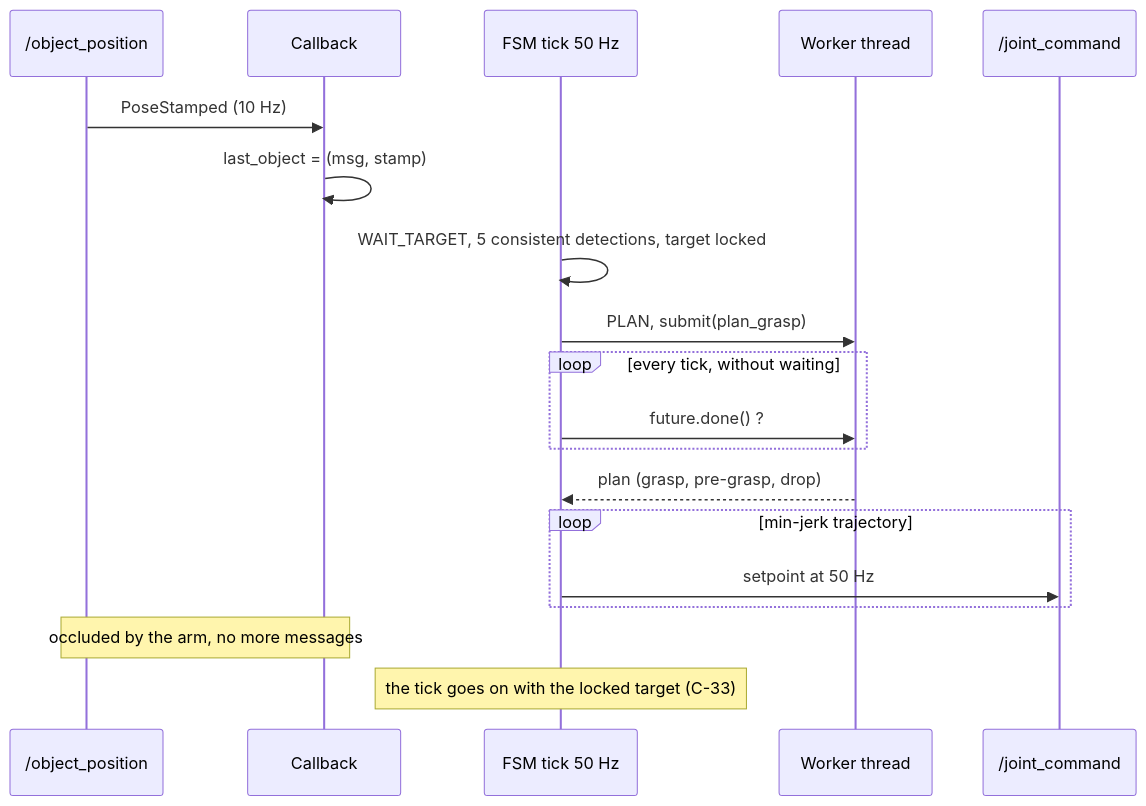
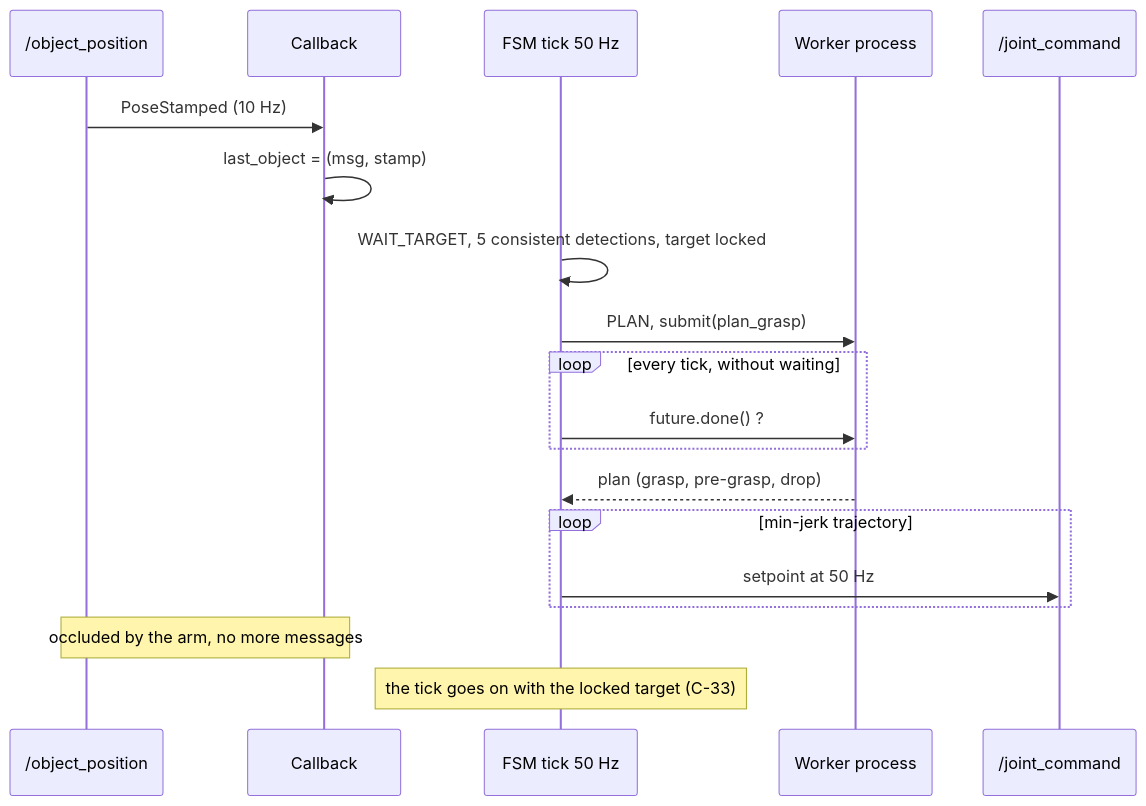
Before and after one commit to FoxaxeWasTaken/Robotics: the second of 2 diagrams in docs/project/06_brain_state_machine.md, drawn with Mermaid. The commit also changed other lines of this file and 25 other files, not shown here.

````diff
--- a/docs/project/06_brain_state_machine.md
+++ b/docs/project/06_brain_state_machine.md
@@ -95,21 +97,21 @@
 ```mermaid
 sequenceDiagram
   participant P as /object_position
   participant CB as Callback
   participant T as FSM tick 50 Hz
-  participant W as Worker thread
+  participant W as Worker process
   participant D as /joint_command
   P->>CB: PoseStamped (10 Hz)
   CB->>CB: last_object = (msg, stamp)
   T->>T: WAIT_TARGET, 5 consistent detections, target locked
   T->>W: PLAN, submit(plan_grasp)
   loop every tick, without waiting
     T->>W: future.done() ?
   end
   W-->>T: plan (grasp, pre-grasp, drop)
   loop min-jerk trajectory
     T->>D: setpoint at 50 Hz
   end
   Note over P,CB: occluded by the arm, no more messages
   Note over T: the tick goes on with the locked target (C-33)
 ```
````
